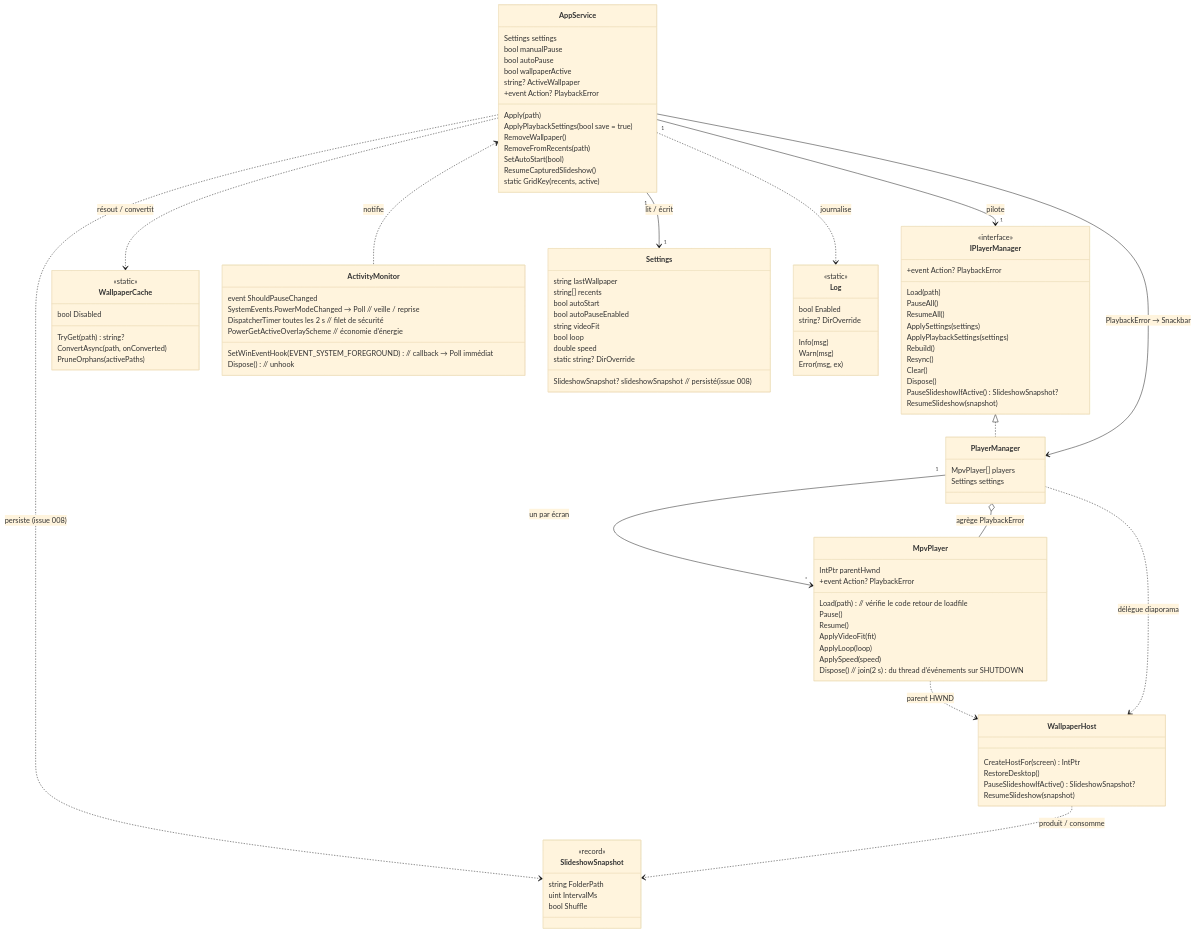
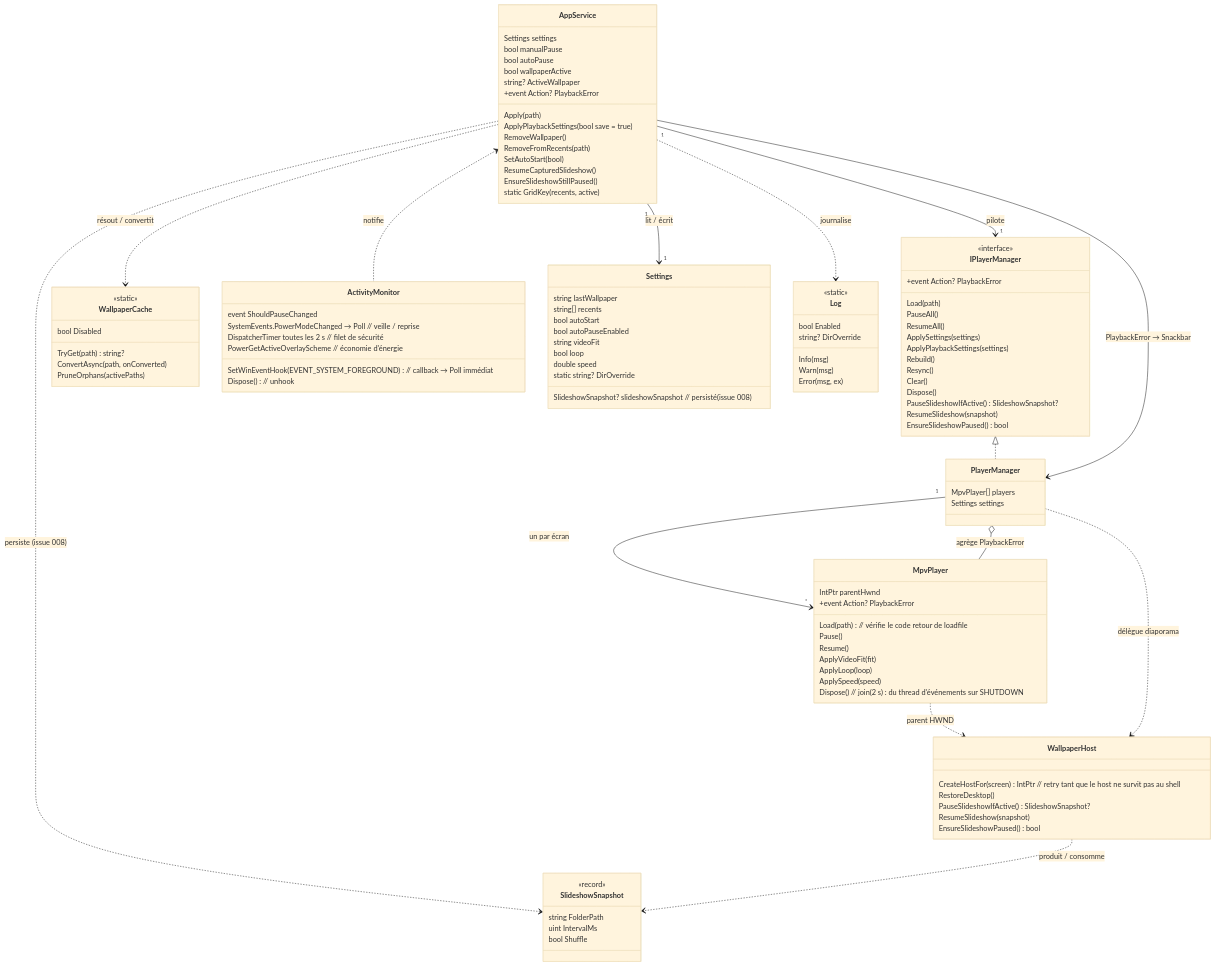
One commit to KevinT78/wallflow changed the first of 5 diagrams in docs/ARCHITECTURE-TECHNIQUE.md. Above: the diagram before and after it, drawn with Mermaid (base theme). The commit also changed other lines of this file and 9 other files, not shown here.

```diff
--- a/docs/ARCHITECTURE-TECHNIQUE.md
+++ b/docs/ARCHITECTURE-TECHNIQUE.md
@@ -68,6 +68,7 @@
         Dispose()
         PauseSlideshowIfActive() SlideshowSnapshot?
         ResumeSlideshow(snapshot)
+        EnsureSlideshowPaused() bool
     }
     class AppService {
         Settings settings
@@ -82,6 +83,7 @@
         RemoveFromRecents(path)
         SetAutoStart(bool)
         ResumeCapturedSlideshow()
+        EnsureSlideshowStillPaused()
         static GridKey(recents, active)
     }
     class PlayerManager {
@@ -100,10 +102,11 @@
         Dispose()  // join(2 s) du thread d'événements sur SHUTDOWN
     }
     class WallpaperHost {
-        CreateHostFor(screen) IntPtr
+        CreateHostFor(screen) IntPtr  // retry tant que le host ne survit pas au shell
         RestoreDesktop()
         PauseSlideshowIfActive() SlideshowSnapshot?
         ResumeSlideshow(snapshot)
+        EnsureSlideshowPaused() bool
     }
     class SlideshowSnapshot {
         <<record>>
```
